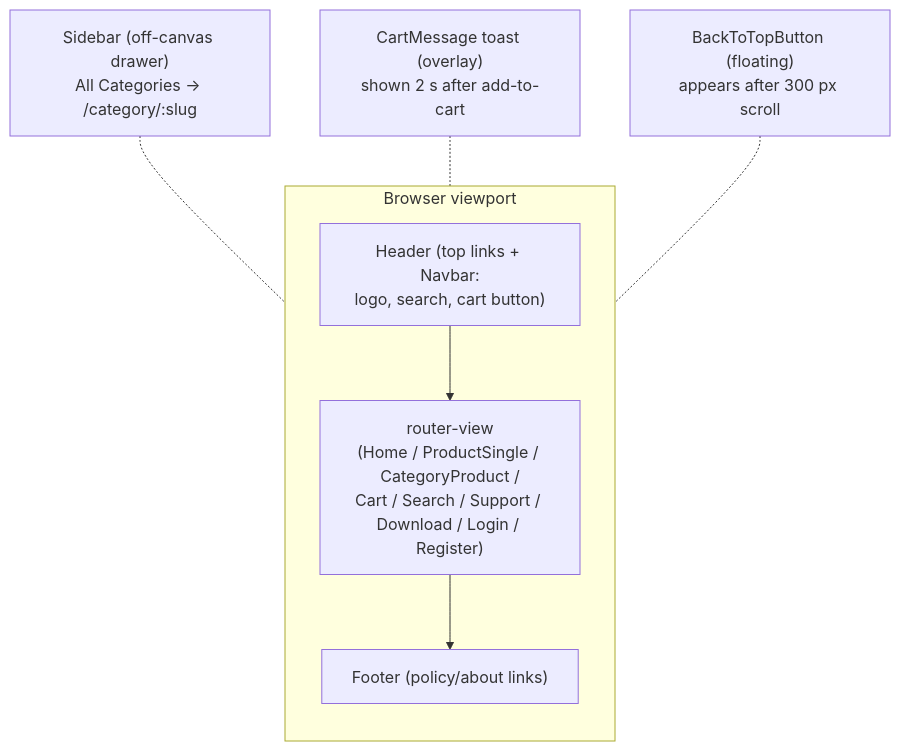
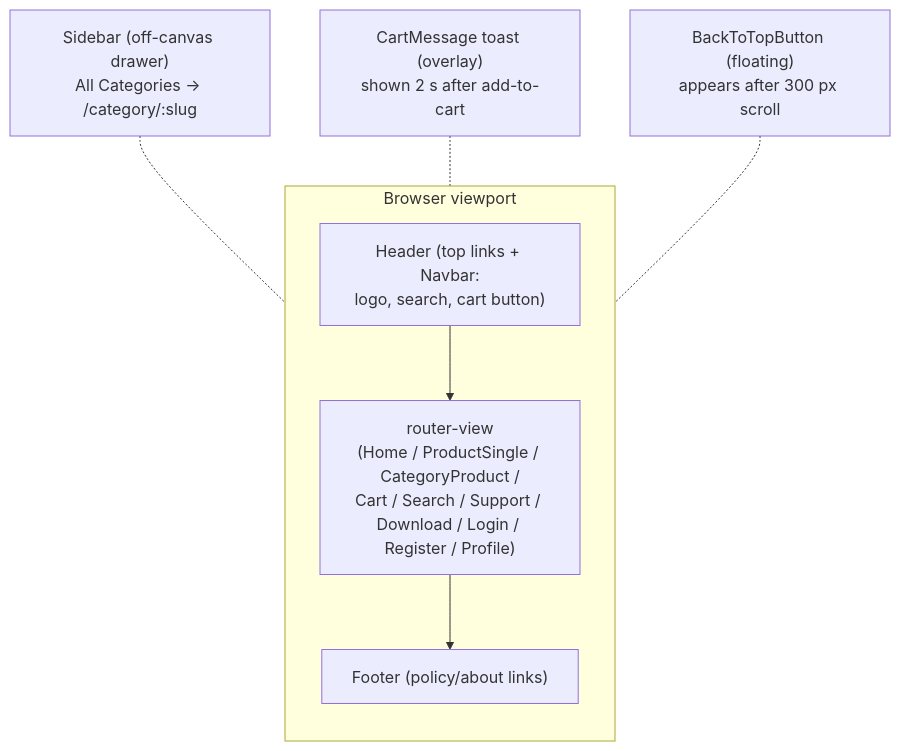
Before and after one commit to lipehfama/snapup-ecommerce: the second of 5 diagrams in web/wiki/02-architecture-and-data-flow.md, drawn with Mermaid. The commit also changed other lines of this file and 9 other files, not shown here.

Commit message:
docs(web): document DummyJSON authentication flow and route guards

````diff
--- a/web/wiki/02-architecture-and-data-flow.md
+++ b/web/wiki/02-architecture-and-data-flow.md
@@ -54,14 +56,14 @@
 ```mermaid
 flowchart TB
     subgraph VIEWPORT["Browser viewport"]
         direction TB
         HEADER["Header (top links + Navbar:\nlogo, search, cart button)"]
-        BODY["router-view\n(Home / ProductSingle / CategoryProduct /\nCart / Search / Support / Download / Login / Register)"]
+        BODY["router-view\n(Home / ProductSingle / CategoryProduct /\nCart / Search / Support / Download / Login / Register / Profile)"]
         FOOTER["Footer (policy/about links)"]
     end
     SIDEBAR["Sidebar (off-canvas drawer)\nAll Categories → /category/:slug"] -.- BODY
     TOAST["CartMessage toast (overlay)\nshown 2 s after add-to-cart"] -.- BODY
     TOPBTN["BackToTopButton (floating)\nappears after 300 px scroll"] -.- VIEWPORT
 
     HEADER --> BODY --> FOOTER
 ```
````
